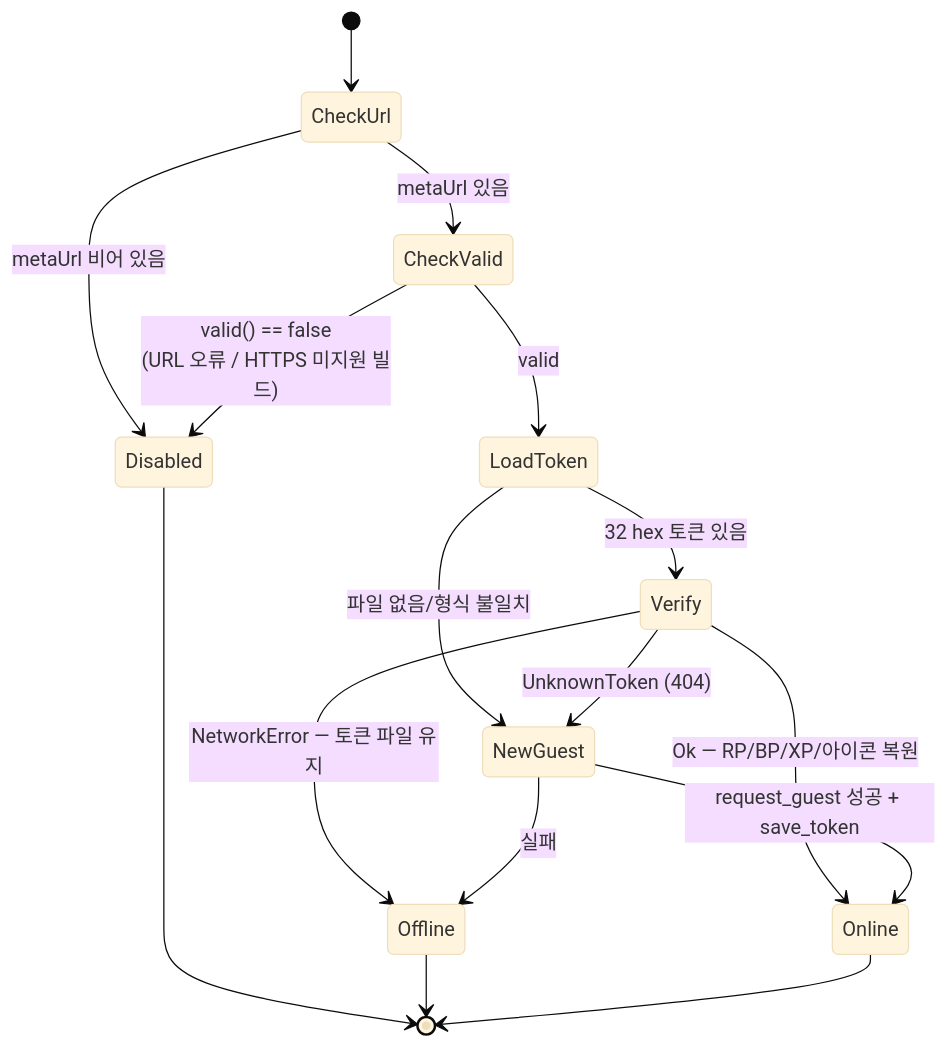
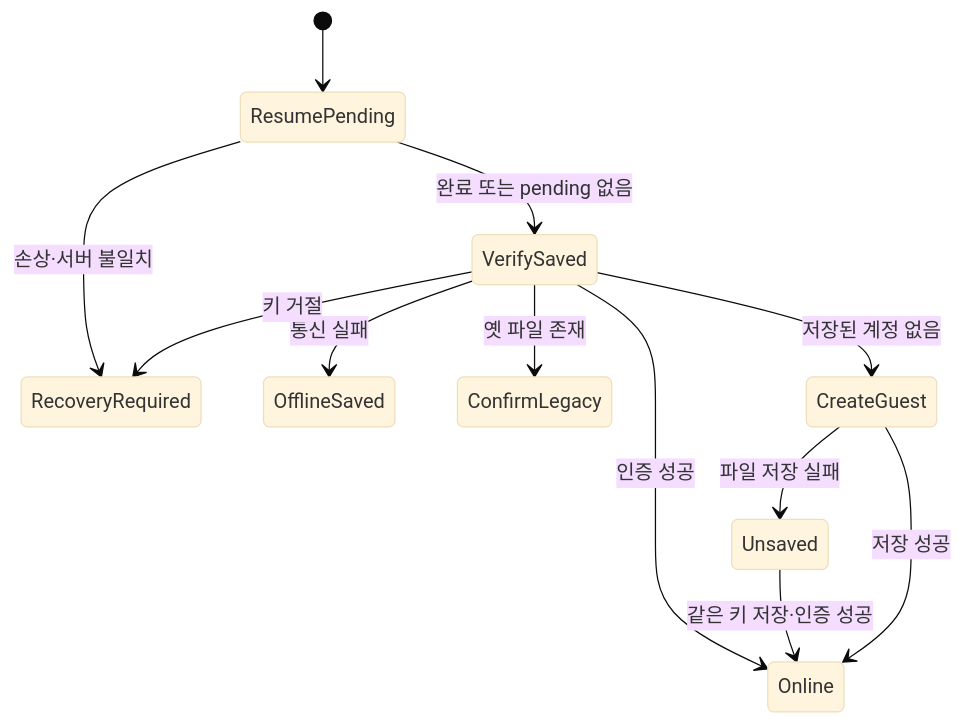
One commit to Rein-ArXiv/Tetris-Multiplayer-RL changed the fifth of 6 diagrams in docs/blog/part10-meta-and-ranking.md. Above: the diagram before and after it, drawn with Mermaid (base theme). The commit also changed other lines of this file and 78 other files, not shown here.

````diff
--- a/docs/blog/part10-meta-and-ranking.md
+++ b/docs/blog/part10-meta-and-ranking.md
@@ -2624,18 +2392,14 @@
 ```mermaid
 stateDiagram-v2
-    [*] --> CheckUrl
-    CheckUrl --> Disabled: metaUrl 비어 있음
-    CheckUrl --> CheckValid: metaUrl 있음
-    CheckValid --> Disabled: valid() == false<br/>(URL 오류 / HTTPS 미지원 빌드)
-    CheckValid --> LoadToken: valid
-    LoadToken --> NewGuest: 파일 없음/형식 불일치
-    LoadToken --> Verify: 32 hex 토큰 있음
-    Verify --> Online: Ok — RP/BP/XP/아이콘 복원
-    Verify --> NewGuest: UnknownToken (404)
-    Verify --> Offline: NetworkError — 토큰 파일 유지
-    NewGuest --> Online: request_guest 성공 + save_token
-    NewGuest --> Offline: 실패
-    Disabled --> [*]
-    Offline --> [*]
-    Online --> [*]
+    [*] --> ResumePending
+    ResumePending --> VerifySaved: 완료 또는 pending 없음
+    ResumePending --> RecoveryRequired: 손상·서버 불일치
+    VerifySaved --> Online: 인증 성공
+    VerifySaved --> OfflineSaved: 통신 실패
+    VerifySaved --> RecoveryRequired: 키 거절
+    VerifySaved --> ConfirmLegacy: 옛 파일 존재
+    VerifySaved --> CreateGuest: 저장된 계정 없음
+    CreateGuest --> Unsaved: 파일 저장 실패
+    Unsaved --> Online: 같은 키 저장·인증 성공
+    CreateGuest --> Online: 저장 성공
 ```
````
